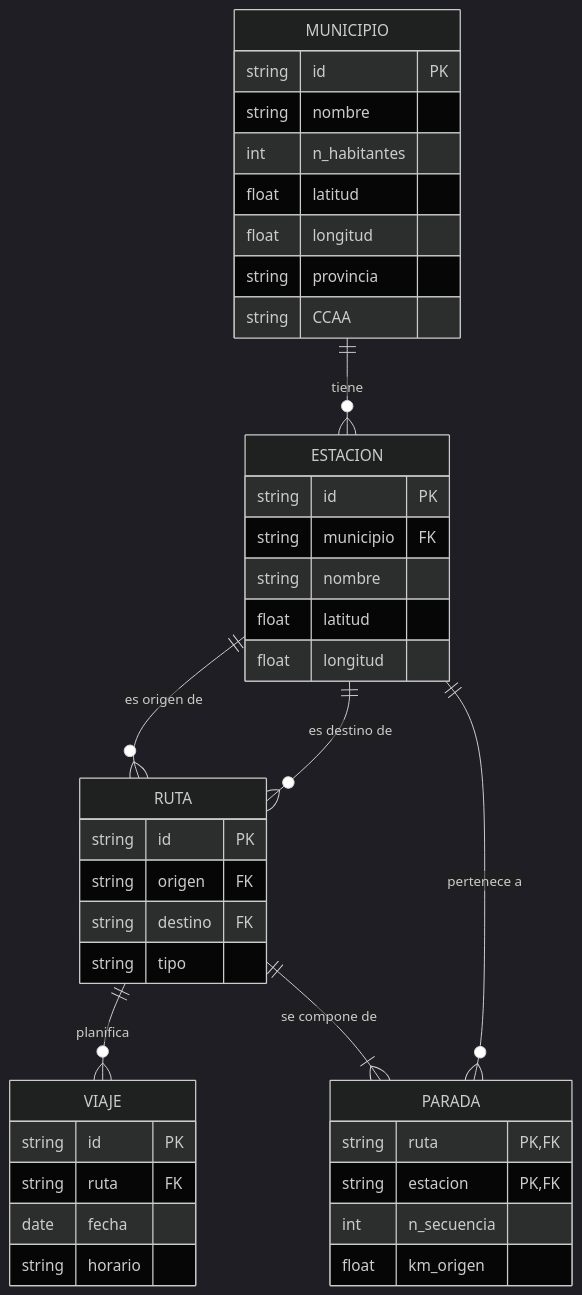
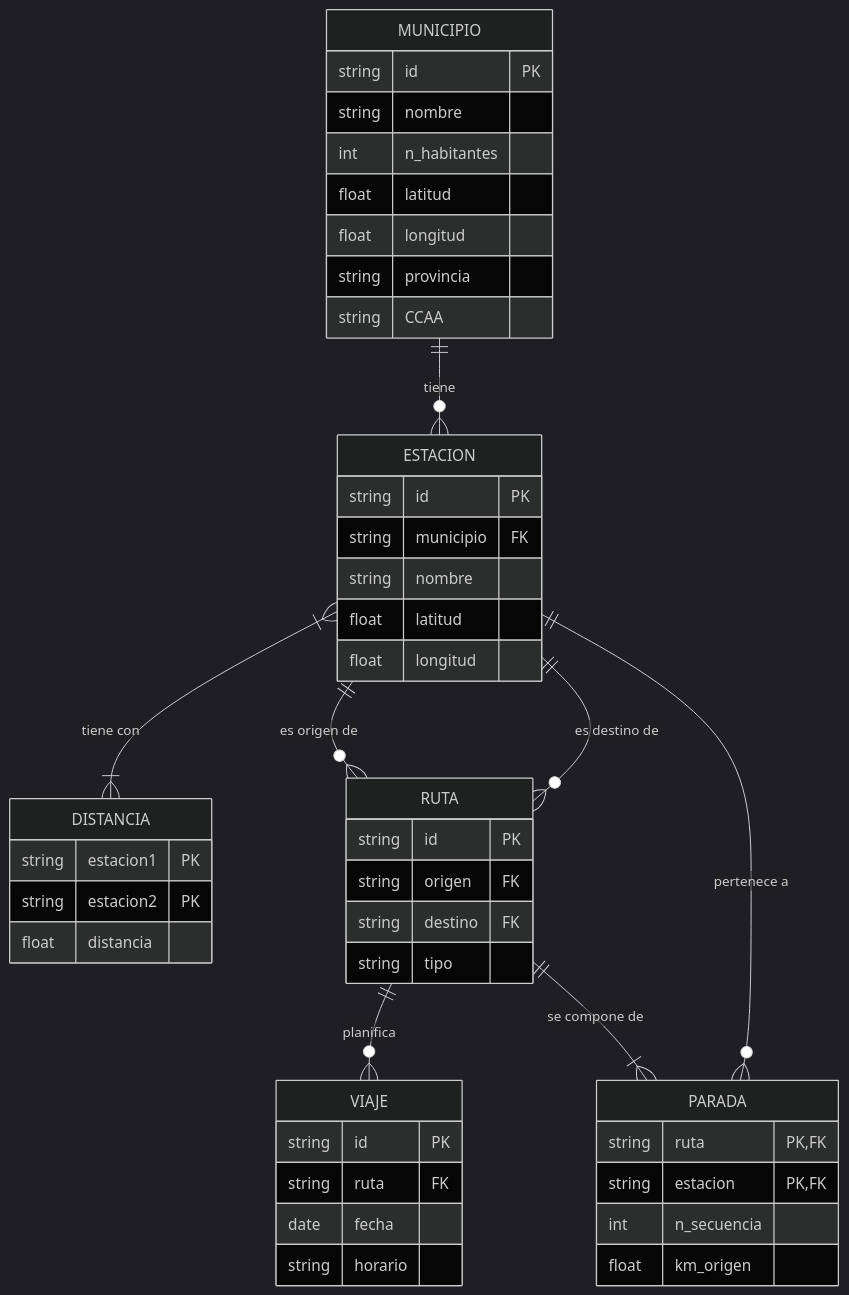
One commit to xXaceitunaXx/Tren-ES changed the diagram in EsquemaMediador.md. Above: the diagram before and after it, drawn with Mermaid (dark theme). The commit also changed other lines of this file, not shown here.

Commit message:
Cambios esquema mediador

````diff
--- a/EsquemaMediador.md
+++ b/EsquemaMediador.md
@@ -22,49 +23,56 @@
 ```mermaid
 erDiagram
     MUNICIPIO {
         string id PK
         string nombre
         int n_habitantes
         float latitud
         float longitud
         string provincia
         string CCAA
+    }
+
+    DISTANCIA {
+	string estacion1 PK
+	string estacion2 PK
+	float distancia
     }
 
     ESTACION {
         string id PK
         string municipio FK
         string nombre
         float latitud
         float longitud
     }
 
     RUTA {
         string id PK
         string origen FK
         string destino FK
         string tipo
     }
 
     VIAJE {
         string id PK
         string ruta FK
         date fecha
         string horario
     }
 
     PARADA {
         string ruta PK,FK
         string estacion PK,FK
         int n_secuencia
         float km_origen
     }
 
     %% Relaciones
     MUNICIPIO ||--o{ ESTACION : "tiene"
     ESTACION ||--o{ RUTA : "es origen de"
     ESTACION ||--o{ RUTA : "es destino de"
     RUTA ||--o{ VIAJE : "planifica"
     RUTA ||--|{ PARADA : "se compone de"
     ESTACION ||--o{ PARADA : "pertenece a"
+    ESTACION }|--|{ DISTANCIA : "tiene con"
 ```
````
